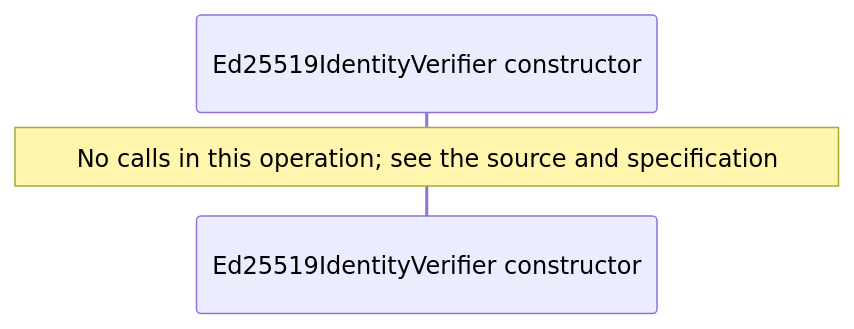
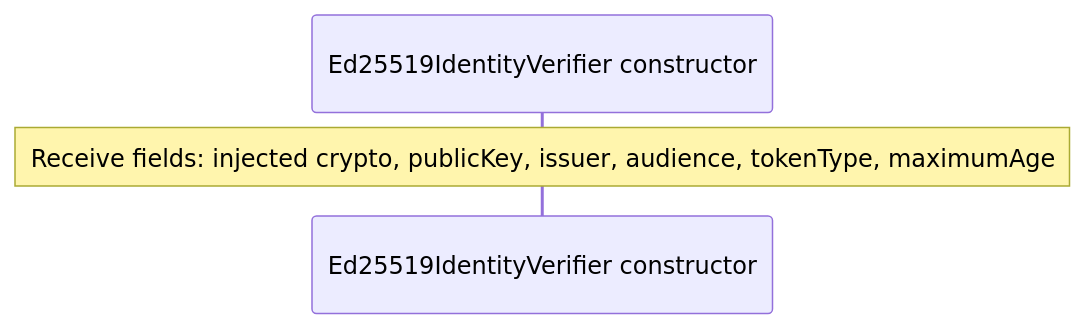
One commit to GreenPandaStudios/augscript changed diagram 18 of 19 in src/stdlib/crypto/jose.aug.diagrams.md. Above: the diagram before and after it, drawn with Mermaid. The commit also changed other lines of this file and 289 other files, not shown here.

Commit message:
Correct diagram control flow and complete generated wiki navigation

````diff
--- a/src/stdlib/crypto/jose.aug.diagrams.md
+++ b/src/stdlib/crypto/jose.aug.diagrams.md
@@ -578,6 +578,6 @@
 ```mermaid
 sequenceDiagram
     participant p0 as Ed25519IdentityVerifier constructor
 
-    Note over p0: No calls in this operation#59; see the source and specification
+    Note over p0: Receive fields: injected crypto, publicKey, issuer, audience, tokenType, maximumAge
 ```
````
